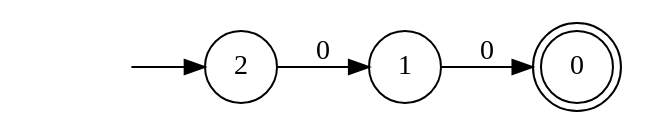
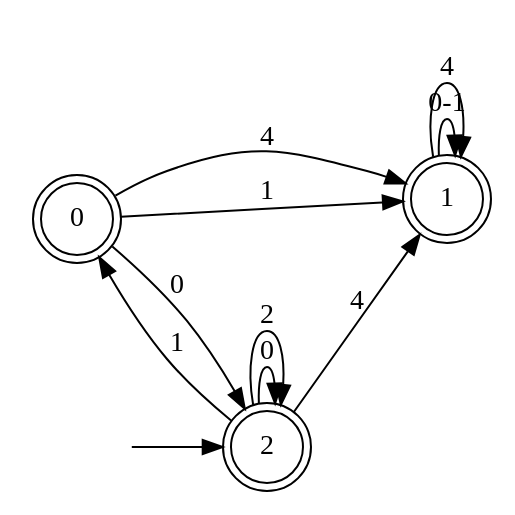
The diagram in dotfiles/DFA8.dot (Faymiaouent/Automa4U), drawn with Graphviz before and after one commit. The commit also changed 44 other files, not shown here.

```diff
--- a/dotfiles/DFA8.dot
+++ b/dotfiles/DFA8.dot
@@ -1,10 +1,17 @@
 digraph Automaton {
   rankdir = LR;
 0 [shape=doublecircle]; 
-node [shape=circle];
-  1 -> 0 [label="0"];
-node [shape=circle];
+  0 -> 2 [label="0"];
+  0 -> 1 [label="4"];
+  0 -> 1 [label="1"];
+1 [shape=doublecircle]; 
+  1 -> 1 [label="0-1"];
+  1 -> 1 [label="4"];
+2 [shape=doublecircle]; 
   initial [shape=plaintext,label=""];
   initial -> 2
-  2 -> 1 [label="0"];
+  2 -> 2 [label="0"];
+  2 -> 1 [label="4"];
+  2 -> 0 [label="1"];
+  2 -> 2 [label="2"];
 }
```
